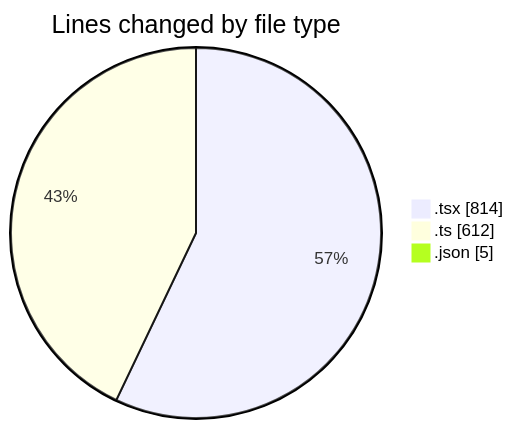
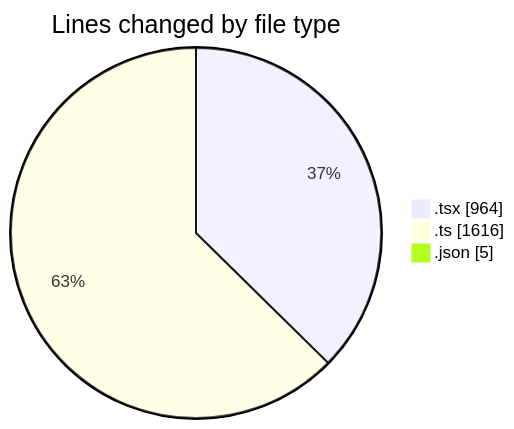
Before and after one commit to julien-gomy/code-tracking: the first of 2 diagrams in 2025-11-23/eventscop-frontend-guide__workspace_/README.md, drawn with Mermaid. The commit also changed other lines of this file and 1 other file, not shown here.

````diff
--- a/2025-11-23/eventscop-frontend-guide__workspace_/README.md
+++ b/2025-11-23/eventscop-frontend-guide__workspace_/README.md
@@ -35,7 +39,7 @@
 ```mermaid
 pie showData
 title Lines changed by file type
-".tsx" : 814
-".ts" : 612
+".tsx" : 964
+".ts" : 1616
 ".json" : 5
 ```
````
